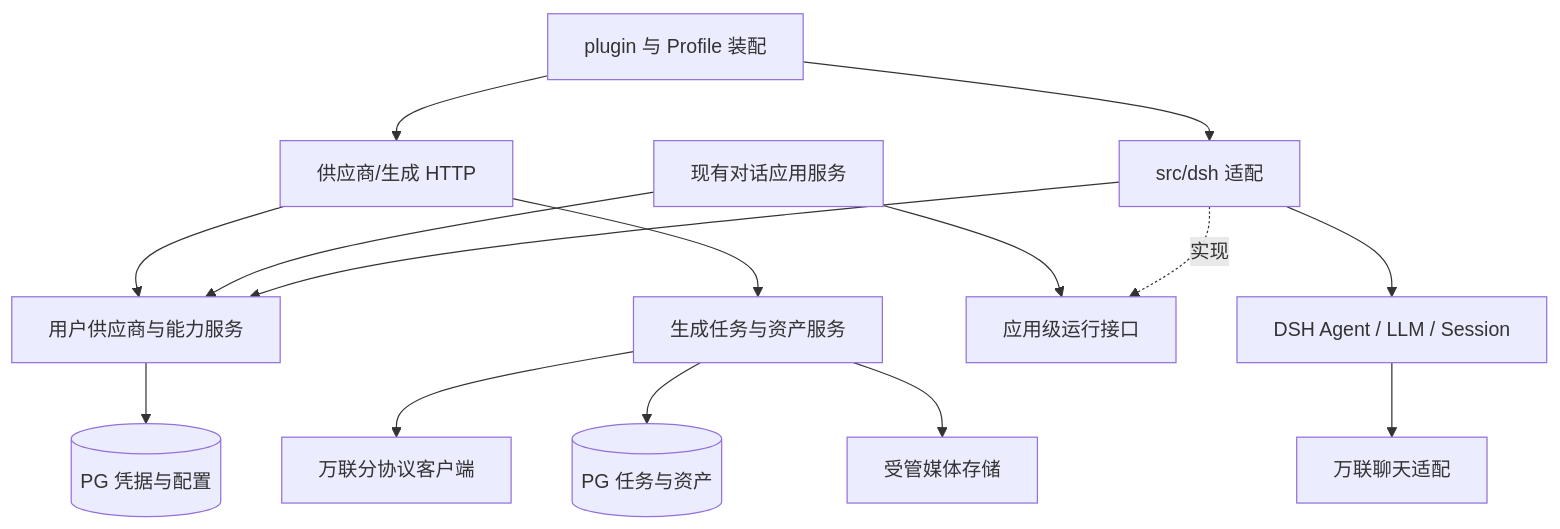
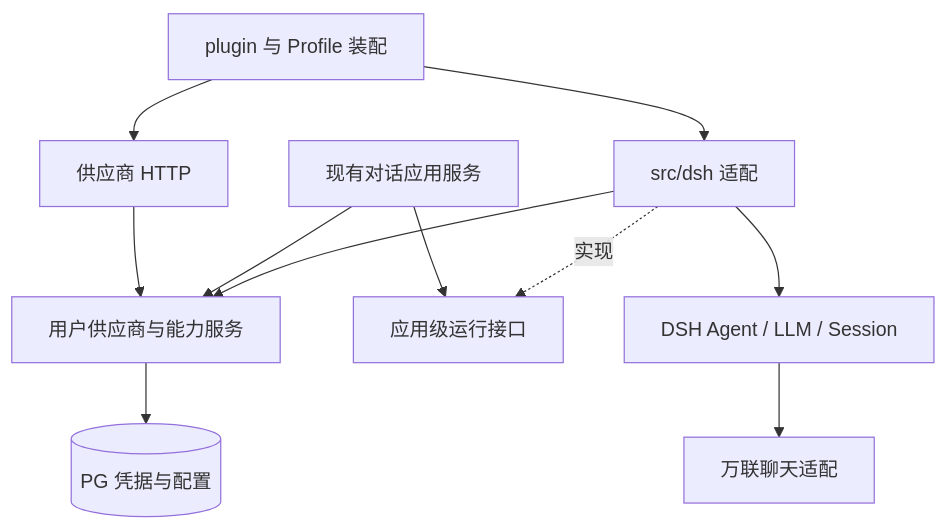
Before and after one commit to whm-cell/mio_pri: the diagram in docs/tasks/onelink-integration/prd.md, drawn with Mermaid. The commit also changed other lines of this file and 11 other files, not shown here.

````diff
--- a/docs/tasks/onelink-integration/prd.md
+++ b/docs/tasks/onelink-integration/prd.md
@@ -75,17 +69,13 @@
 ```mermaid
 flowchart TD
-    P[plugin 与 Profile 装配] --> H[供应商/生成 HTTP]
+    P[plugin 与 Profile 装配] --> H[供应商 HTTP]
     P --> D[src/dsh 适配]
     H --> S[用户供应商与能力服务]
-    H --> G[生成任务与资产服务]
     C[现有对话应用服务] --> S
     C --> E[应用级运行接口]
     D -.实现.-> E
     D --> L[DSH Agent / LLM / Session]
     D --> S
-    G --> W[万联分协议客户端]
     S --> DB[(PG 凭据与配置)]
-    G --> T[(PG 任务与资产)]
-    G --> M[受管媒体存储]
     L --> W2[万联聊天适配]
 ```
````
